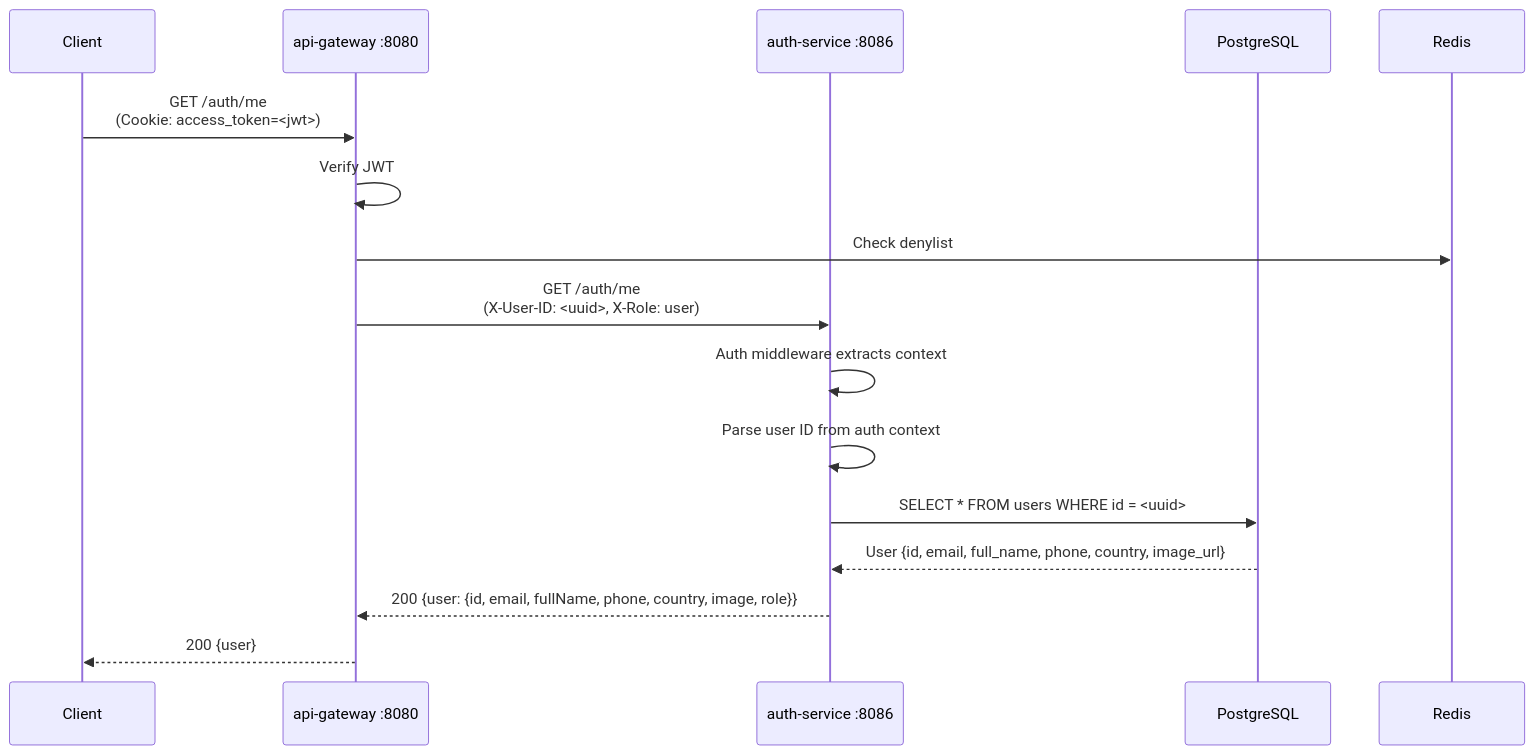
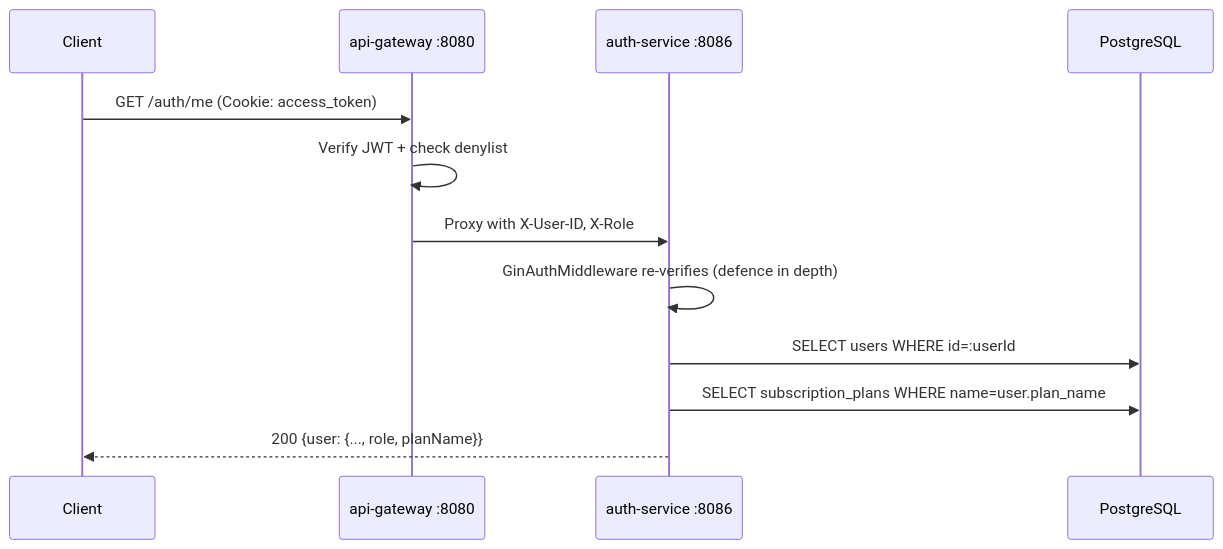
One commit to Prachidubey2003/fyredocs_backend changed the fifth of 9 diagrams in docs/developer/mermaid/service-auth-service-sequence.md. Above: the diagram before and after it, drawn with Mermaid. The commit also changed other lines of this file and 39 other files, not shown here.

````diff
--- a/docs/developer/mermaid/service-auth-service-sequence.md
+++ b/docs/developer/mermaid/service-auth-service-sequence.md
@@ -104,22 +127,16 @@
 ```mermaid
 sequenceDiagram
     participant Client
     participant GW as api-gateway :8080
     participant AS as auth-service :8086
     participant PG as PostgreSQL
 
-    Client->>GW: GET /auth/me<br/>(Cookie: access_token=<jwt>)
+    Client->>GW: GET /auth/me (Cookie: access_token)
+    GW->>GW: Verify JWT + check denylist
+    GW->>AS: Proxy with X-User-ID, X-Role
 
-    GW->>GW: Verify JWT
-    GW->>Redis: Check denylist
-    GW->>AS: GET /auth/me<br/>(X-User-ID: <uuid>, X-Role: user)
-
-    AS->>AS: Auth middleware extracts context
-    AS->>AS: Parse user ID from auth context
-
-    AS->>PG: SELECT * FROM users WHERE id = <uuid>
-    PG-->>AS: User {id, email, full_name, phone, country, image_url}
-
-    AS-->>GW: 200 {user: {id, email, fullName, phone, country, image, role}}
-    GW-->>Client: 200 {user}
+    AS->>AS: GinAuthMiddleware re-verifies (defence in depth)
+    AS->>PG: SELECT users WHERE id=:userId
+    AS->>PG: SELECT subscription_plans WHERE name=user.plan_name
+    AS-->>Client: 200 {user: {..., role, planName}}
 ```
````
